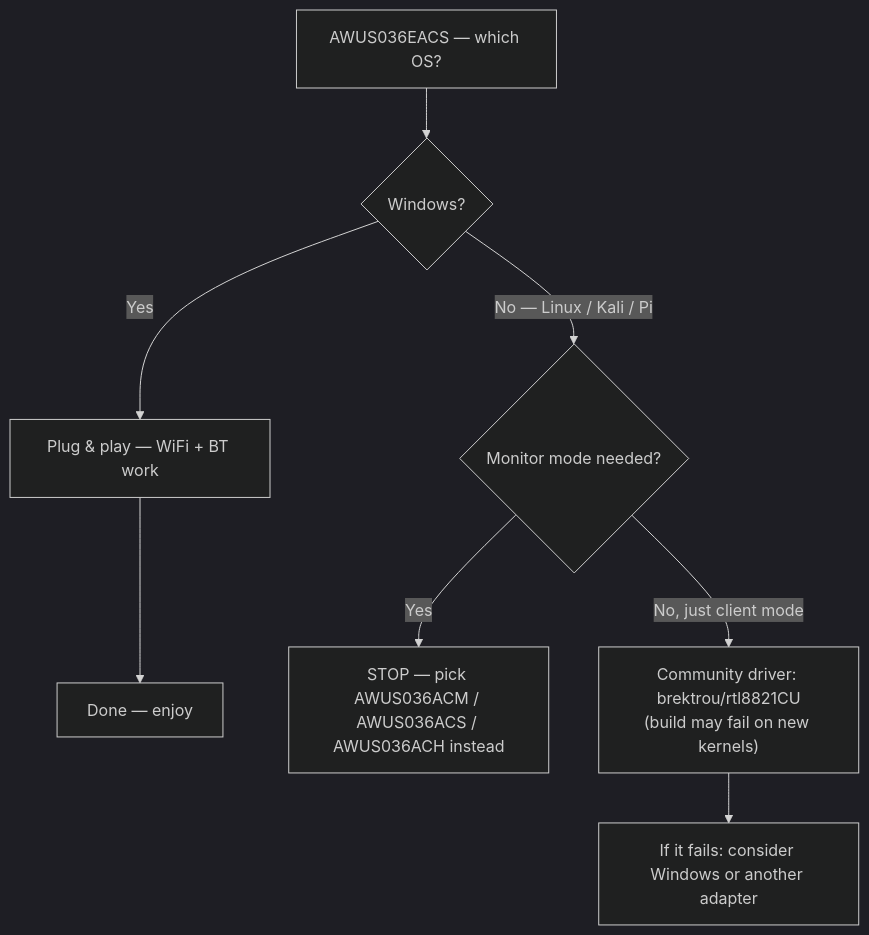
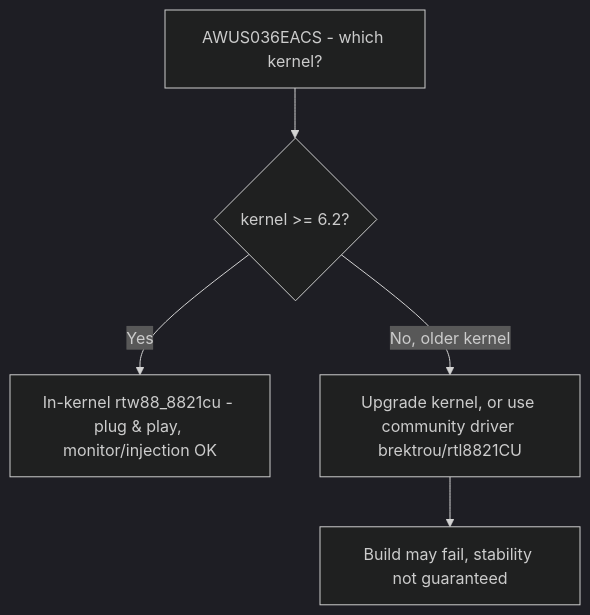
Before and after one commit to yopitek/yupitek-wiki: the diagram in i18n/zh-TW/docusaurus-plugin-content-docs/current/01-alfa-network/drivers/rtl8821cu/index.md, drawn with Mermaid (dark theme). The commit also changed other lines of this file and 108 other files, not shown here.

````diff
--- a/i18n/zh-TW/docusaurus-plugin-content-docs/current/01-alfa-network/drivers/rtl8821cu/index.md
+++ b/i18n/zh-TW/docusaurus-plugin-content-docs/current/01-alfa-network/drivers/rtl8821cu/index.md
@@ -26,10 +52,7 @@
 ```mermaid
 flowchart TD
-    A["AWUS036EACS — which OS?"] --> B{"Windows?"}
-    B -->|"Yes"| C["Plug & play — WiFi + BT work"]
-    C --> D["Done — enjoy"]
-    B -->|"No — Linux / Kali / Pi"| E{"Monitor mode needed?"}
-    E -->|"Yes"| F["STOP — pick AWUS036ACM / AWUS036ACS / AWUS036ACH instead"]
-    E -->|"No, just client mode"| G["Community driver: brektrou/rtl8821CU<br/>(build may fail on new kernels)"]
-    G --> H["If it fails: consider Windows or another adapter"]
+    A["AWUS036EACS - which kernel?"] --> B{"kernel >= 6.2?"}
+    B -->|"Yes"| C["In-kernel rtw88_8821cu - plug & play, monitor/injection OK"]
+    B -->|"No, older kernel"| D["Upgrade kernel, or use community driver brektrou/rtl8821CU"]
+    D --> E["Build may fail, stability not guaranteed"]
 ```
````
